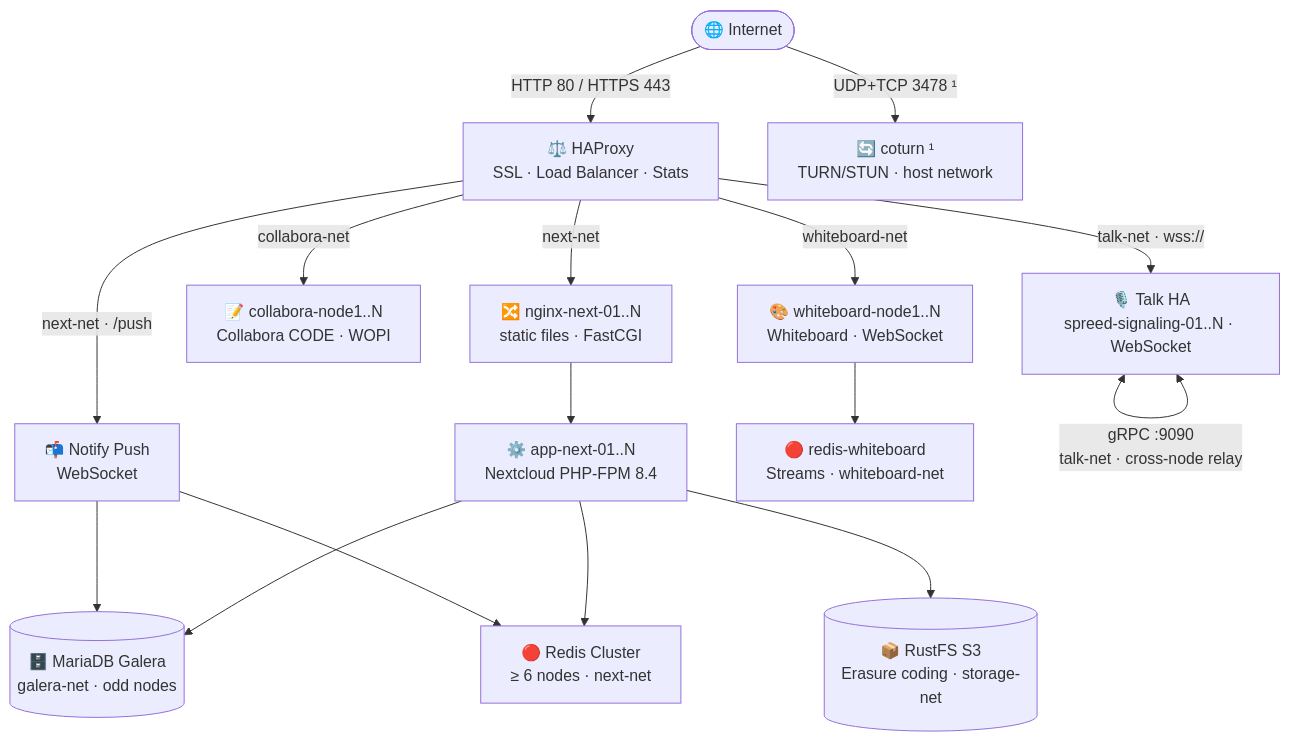
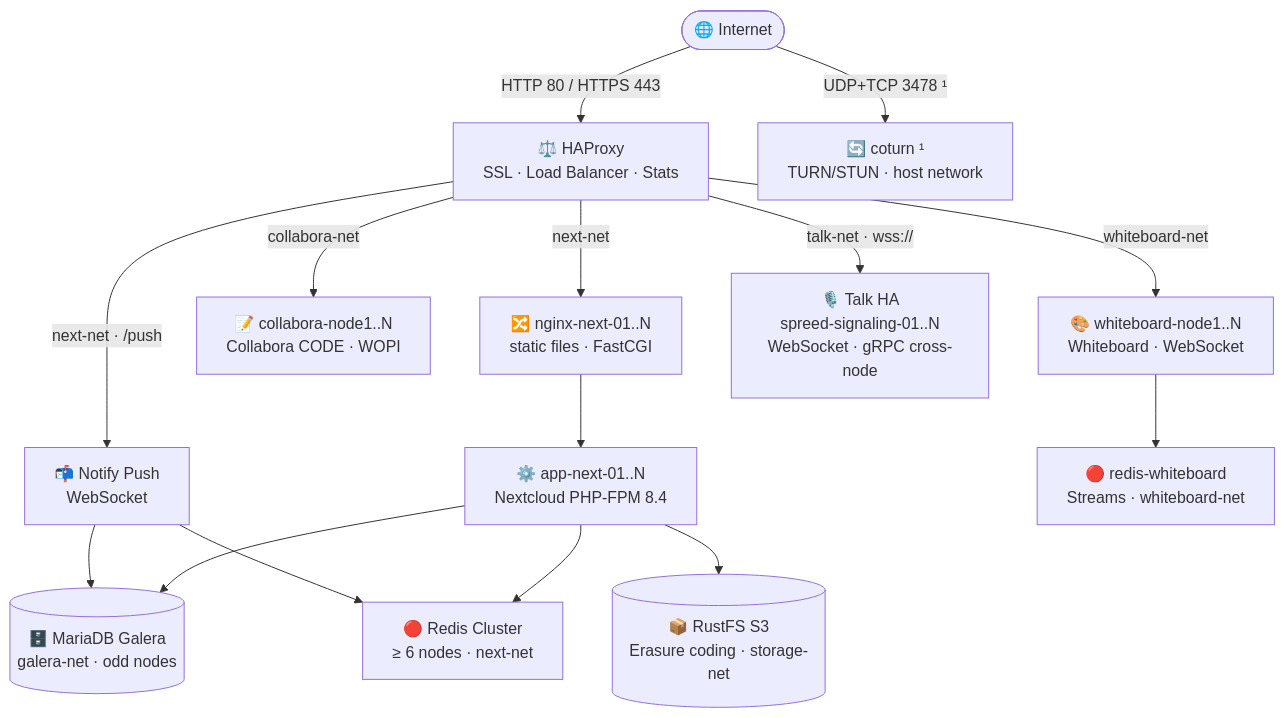
The diagram in README.md (oboeglen/Azure-NXT-Maxscale), drawn with Mermaid before and after one commit.

Commit message:
docs(mermaid): integrate gRPC label into Talk HA node, remove self-loop

````diff
--- a/README.md
+++ b/README.md
@@ -141,28 +141,26 @@
 ```mermaid
 flowchart TD
     Internet(["🌐 Internet"]) -->|"HTTP 80 / HTTPS 443"| HAProxy
     Internet -->|"UDP+TCP 3478 ¹"| coturn
 
     HAProxy["⚖️ HAProxy\nSSL · Load Balancer · Stats"]
 
     HAProxy -->|"next-net · /push"| npush["📬 Notify Push\nWebSocket"]
     HAProxy -->|next-net| nginx["🔀 nginx-next-01..N\nstatic files · FastCGI"]
     HAProxy -->|collabora-net| collab["📝 collabora-node1..N\nCollabora CODE · WOPI"]
     HAProxy -->|whiteboard-net| wb["🎨 whiteboard-node1..N\nWhiteboard · WebSocket"]
-    HAProxy -->|"talk-net · wss://"| sig["🎙️ Talk HA\nspreed-signaling-01..N · WebSocket"]
+    HAProxy -->|"talk-net · wss://"| sig["🎙️ Talk HA\nspreed-signaling-01..N\nWebSocket · gRPC cross-node"]
 
     nginx --> fpm["⚙️ app-next-01..N\nNextcloud PHP-FPM 8.4"]
 
     fpm --> galera[("🗄️ MariaDB Galera\ngalera-net · odd nodes")]
     fpm --> redis["🔴 Redis Cluster\n≥ 6 nodes · next-net"]
     fpm --> rustfs[("📦 RustFS S3\nErasure coding · storage-net")]
 
     wb --> redis_wb["🔴 redis-whiteboard\nStreams · whiteboard-net"]
 
-    sig <-->|"gRPC :9090\ntalk-net · cross-node relay"| sig
-
     npush --> redis
     npush --> galera
 
     coturn["🔄 coturn ¹\nTURN/STUN · host network"]
 ```
````
